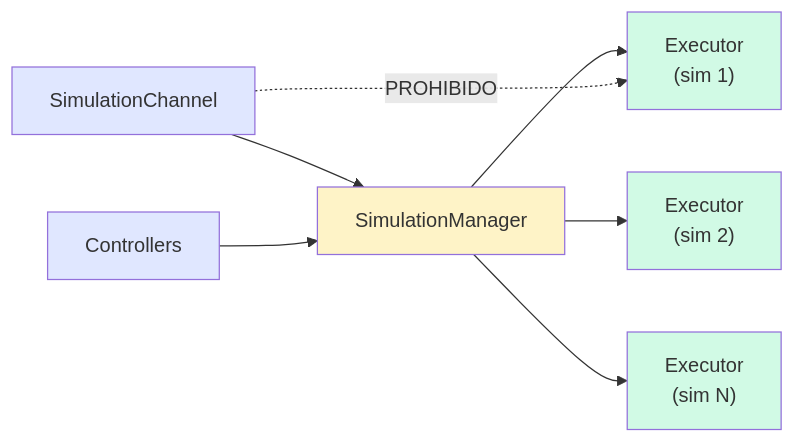
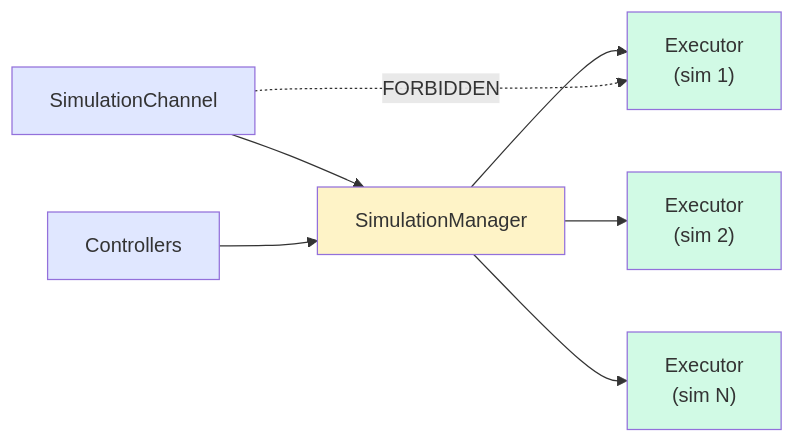
The first of 2 diagrams in docs/core/simulation_manager.md (FLAGlab/Elixir-Swarm-Simulator), drawn with Mermaid before and after one commit. The commit also changed other lines of this file and 40 other files, not shown here.

````diff
--- a/docs/core/simulation_manager.md
+++ b/docs/core/simulation_manager.md
@@ -15,18 +15,18 @@
 ```mermaid
 flowchart LR
     Channel["SimulationChannel"] --> Manager["SimulationManager"]
     Controller["Controllers"] --> Manager
 
     Manager --> E1["Executor\n(sim 1)"]
     Manager --> E2["Executor\n(sim 2)"]
     Manager --> EN["Executor\n(sim N)"]
 
-    Channel -. "PROHIBIDO" .-> E1
+    Channel -. "FORBIDDEN" .-> E1
 
     style Channel fill:#e0e7ff
     style Controller fill:#e0e7ff
     style Manager fill:#fef3c7
     style E1 fill:#d1fae5
     style E2 fill:#d1fae5
     style EN fill:#d1fae5
 ```
````
